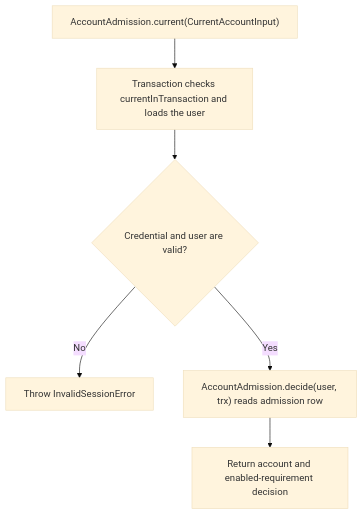
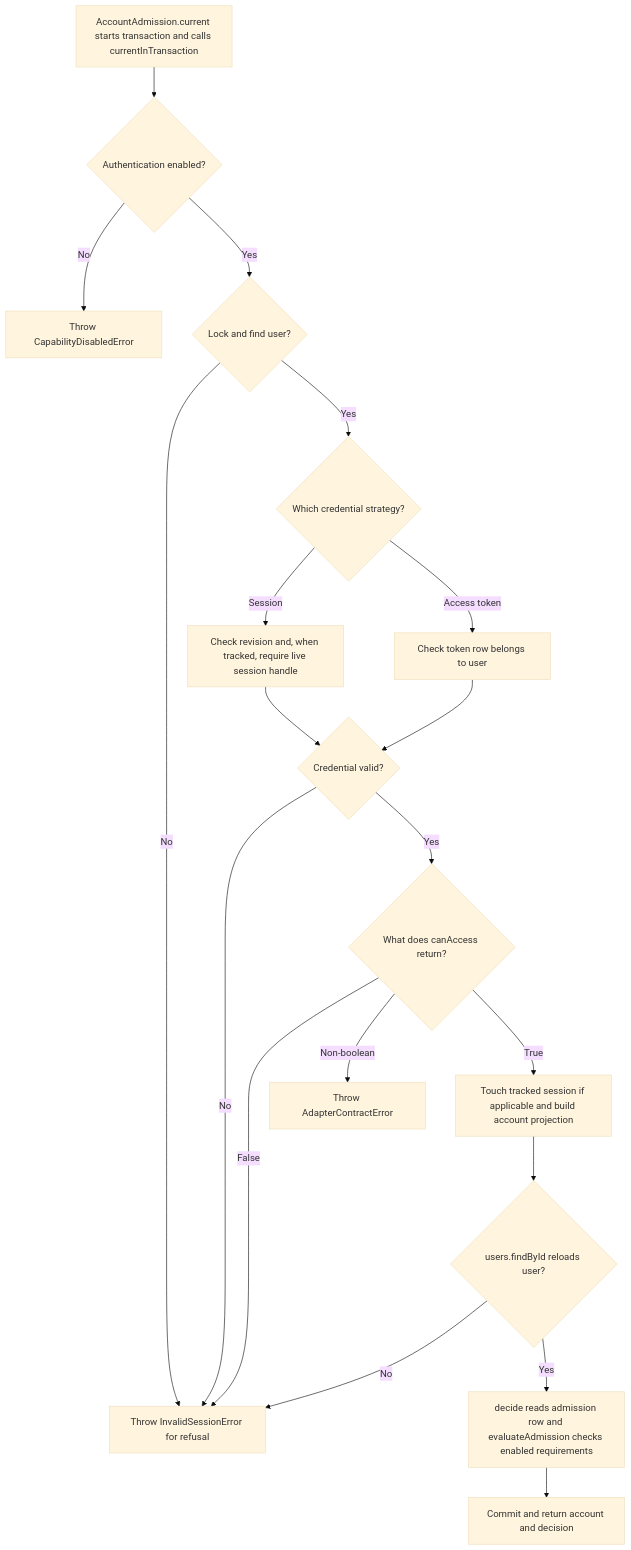
The second of 2 diagrams in user-stories/US-ACCOUNT-56-read-current-admission-status.md (Kevinjohn/oss-adonisjs-account-kit), drawn with Mermaid (base theme) before and after one commit. The commit also changed other lines of this file and 70 other files, not shown here.

Commit message:
Refresh the Account Kit user story catalogue for 0.6.0

````diff
--- a/user-stories/US-ACCOUNT-56-read-current-admission-status.md
+++ b/user-stories/US-ACCOUNT-56-read-current-admission-status.md
@@ -33,8 +30,21 @@
 ```mermaid
 flowchart TD
- A["AccountAdmission.current(CurrentAccountInput)"] --> B["Transaction checks currentInTransaction and loads the user"]
- B --> C{"Credential and user are valid?"}
- C -->|No| D["Throw InvalidSessionError"]
- C -->|Yes| E["AccountAdmission.decide(user, trx) reads admission row"]
- E --> F["Return account and enabled-requirement decision"]
+ A["AccountAdmission.current starts transaction and calls currentInTransaction"] --> B{"Authentication enabled?"}
+ B -->|No| L["Throw CapabilityDisabledError"]
+ B -->|Yes| M{"Lock and find user?"}
+ M -->|No| G
+ M -->|Yes| C{"Which credential strategy?"}
+ C -->|Session| D["Check revision and, when tracked, require live session handle"]
+ C -->|Access token| E["Check token row belongs to user"]
+ D --> F{"Credential valid?"}
+ E --> F
+ F -->|No| G["Throw InvalidSessionError for refusal"]
+ F -->|Yes| N{"What does canAccess return?"}
+ N -->|False| G
+ N -->|Non-boolean| O["Throw AdapterContractError"]
+ N -->|True| H["Touch tracked session if applicable and build account projection"]
+ H --> I{"users.findById reloads user?"}
+ I -->|No| G
+ I -->|Yes| J["decide reads admission row and evaluateAdmission checks enabled requirements"]
+ J --> K["Commit and return account and decision"]
 ```
````
